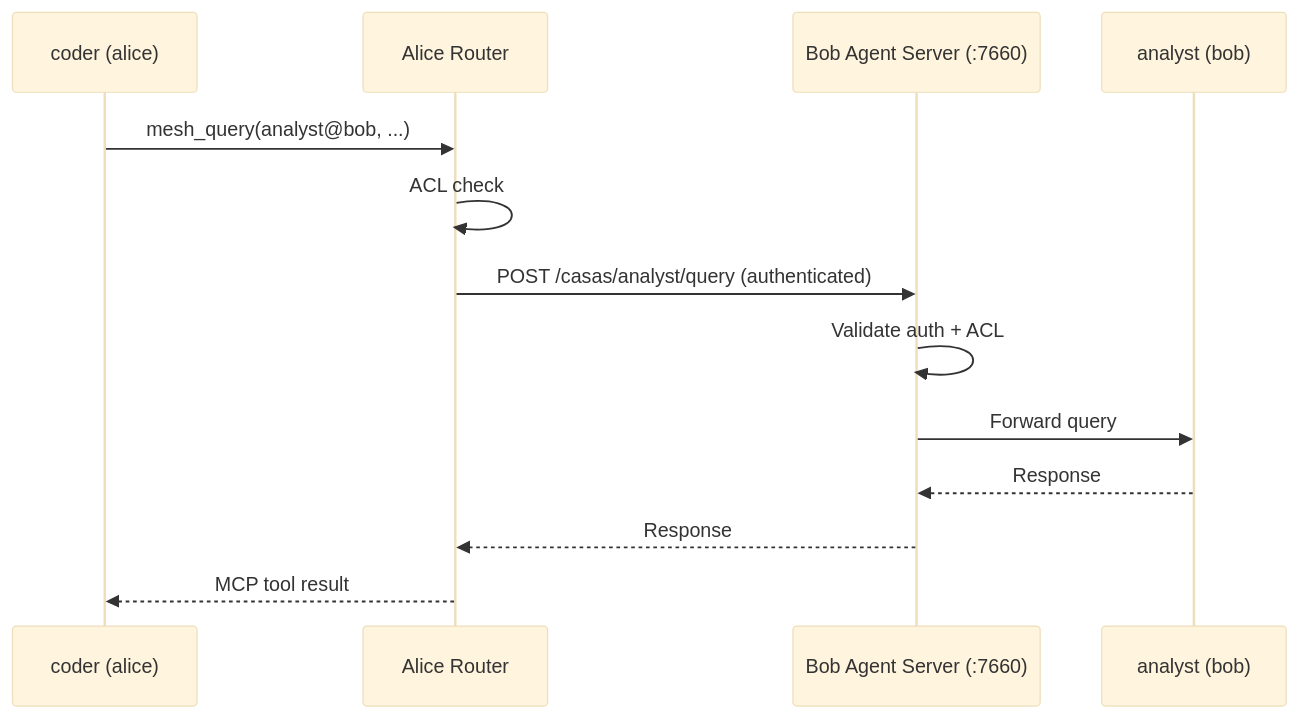
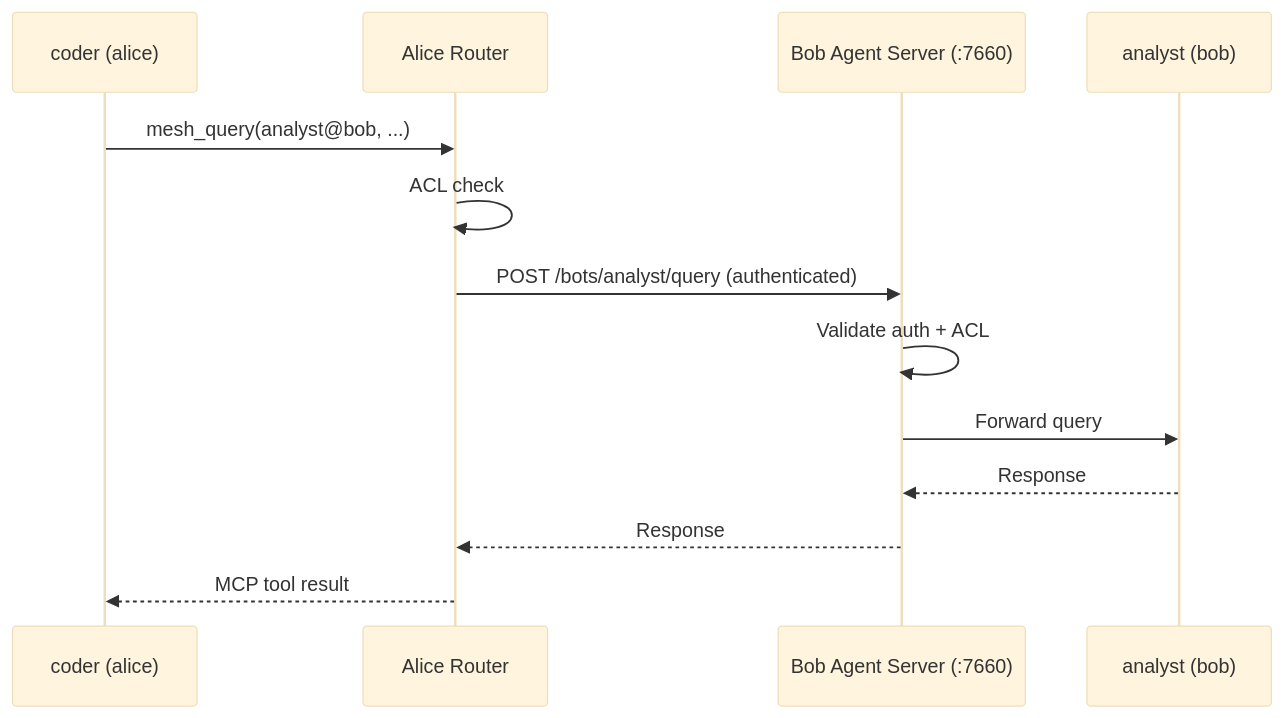
Before and after one commit to johnloveworld2022-ops/mecha.im: the fourth of 4 diagrams in website/docs/features/mesh-networking.md, drawn with Mermaid (base theme). The commit also changed other lines of this file and 318 other files, not shown here.

````diff
--- a/website/docs/features/mesh-networking.md
+++ b/website/docs/features/mesh-networking.md
@@ -162,16 +162,16 @@
 ```mermaid
 sequenceDiagram
     participant coder as coder (alice)
     participant router as Alice Router
     participant agent as Bob Agent Server (:7660)
     participant analyst as analyst (bob)
 
     coder->>router: mesh_query(analyst@bob, ...)
     router->>router: ACL check
-    router->>agent: POST /casas/analyst/query (authenticated)
+    router->>agent: POST /bots/analyst/query (authenticated)
     agent->>agent: Validate auth + ACL
     agent->>analyst: Forward query
     analyst-->>agent: Response
     agent-->>router: Response
     router-->>coder: MCP tool result
 ```
````
